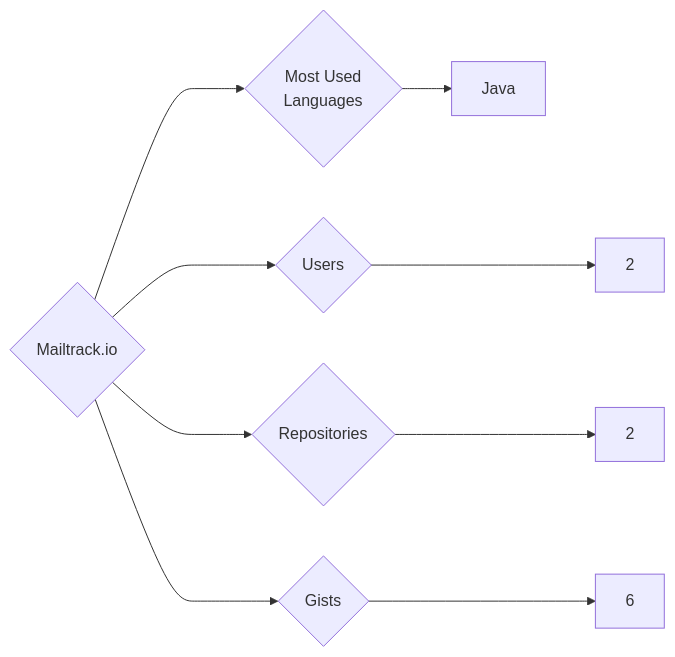
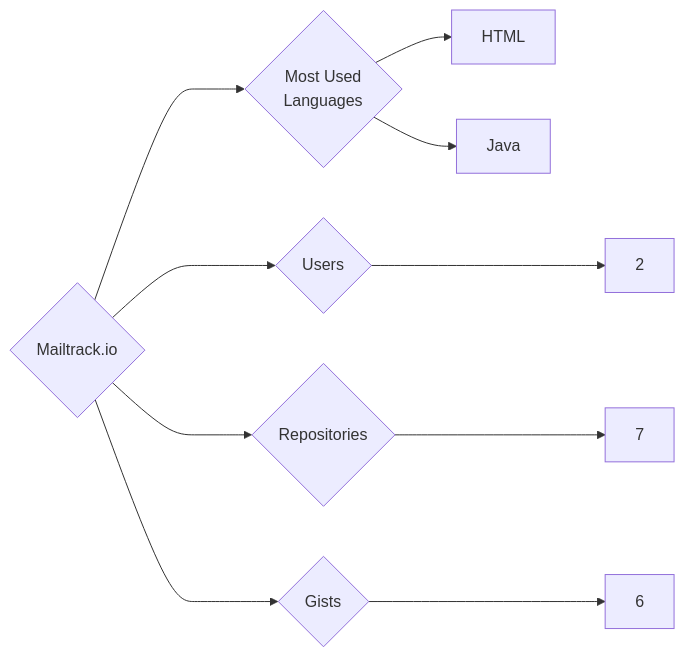
One commit to trickest/insiders changed the diagram in targets/Mailtrack.io/README.md. Above: the diagram before and after it, drawn with Mermaid. The commit also changed 934 other files, not shown here.

````diff
--- a/targets/Mailtrack.io/README.md
+++ b/targets/Mailtrack.io/README.md
@@ -3,9 +3,10 @@
 ```mermaid
 graph LR
 COMPANY_NAME{Mailtrack.io}
 COMPANY_NAME ---> U{Users} ---> UN[2]
-COMPANY_NAME ---> R{Repositories} ---> RN[2]
+COMPANY_NAME ---> R{Repositories} ---> RN[7]
 COMPANY_NAME ---> G{Gists} ---> GN[6]
 COMPANY_NAME ---> ML{Most Used<br>Languages}
+ML --> HTML[HTML]
 ML --> Java[Java]
 ```
````
